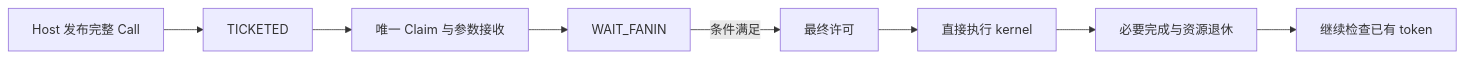
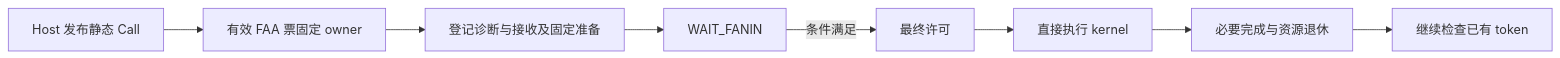
The diagram in docs/zh-cn/design/a5-hbg-graph-task/build-execute-separation.md (hw-native-sys/simpler), drawn with Mermaid before and after one commit. The commit also changed other lines of this file and 65 other files, not shown here.

````diff
--- a/docs/zh-cn/design/a5-hbg-graph-task/build-execute-separation.md
+++ b/docs/zh-cn/design/a5-hbg-graph-task/build-execute-separation.md
@@ -437,10 +516,10 @@
 ```mermaid
 flowchart LR
-    H[Host 发布完整 Call] --> T[TICKETED]
-    T --> C[唯一 Claim 与参数接收]
+    H[Host 发布静态 Call] --> T[有效 FAA 票固定 owner]
+    T --> C[登记诊断与接收及固定准备]
     C --> W[WAIT_FANIN]
     W -->|条件满足| E[最终许可]
     E --> K[直接执行 kernel]
     K --> R[必要完成与资源退休]
     R --> N[继续检查已有 token]
 ```
````
